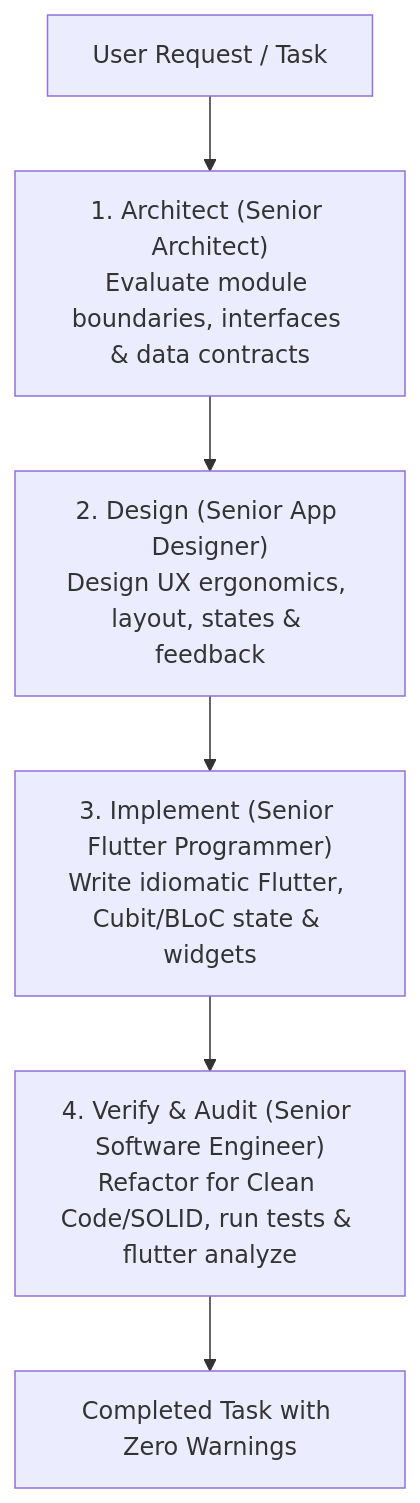
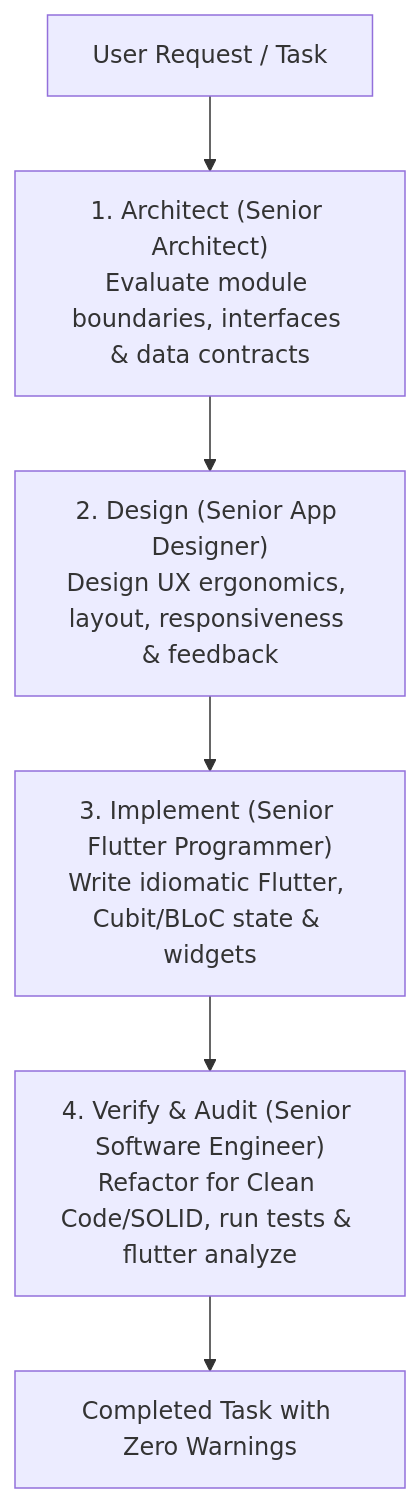
The diagram in AGENTS.md (az-coder-123/azdroid), drawn with Mermaid before and after one commit. The commit also changed other lines of this file, not shown here.

Commit message:
docs: mandate universal UI responsiveness across all screen dimensions in AGENTS.md

````diff
--- a/AGENTS.md
+++ b/AGENTS.md
@@ -37,8 +37,8 @@
 ```mermaid
 flowchart TD
     Req["User Request / Task"] --> Step1["1. Architect (Senior Architect)\nEvaluate module boundaries, interfaces & data contracts"]
-    Step1 --> Step2["2. Design (Senior App Designer)\nDesign UX ergonomics, layout, states & feedback"]
+    Step1 --> Step2["2. Design (Senior App Designer)\nDesign UX ergonomics, layout, responsiveness & feedback"]
     Step2 --> Step3["3. Implement (Senior Flutter Programmer)\nWrite idiomatic Flutter, Cubit/BLoC state & widgets"]
     Step3 --> Step4["4. Verify & Audit (Senior Software Engineer)\nRefactor for Clean Code/SOLID, run tests & flutter analyze"]
     Step4 --> Done["Completed Task with Zero Warnings"]
 ```
````
